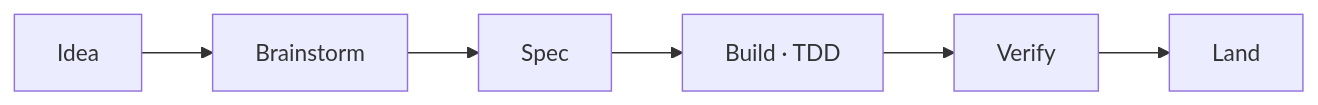
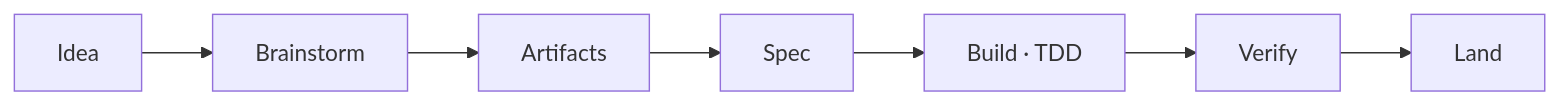
Before and after one commit to Innei/ryugi: the diagram in README.md, drawn with Mermaid. The commit also changed other lines of this file and 13 other files, not shown here.

````diff
--- a/README.md
+++ b/README.md
@@ -32,4 +42,4 @@
 ```mermaid
 flowchart LR
-  I[Idea] --> B[Brainstorm] --> S[Spec] --> T[Build · TDD] --> V[Verify] --> L[Land]
+  I[Idea] --> B[Brainstorm] --> A[Artifacts] --> S[Spec] --> T[Build · TDD] --> V[Verify] --> L[Land]
 ```
````
